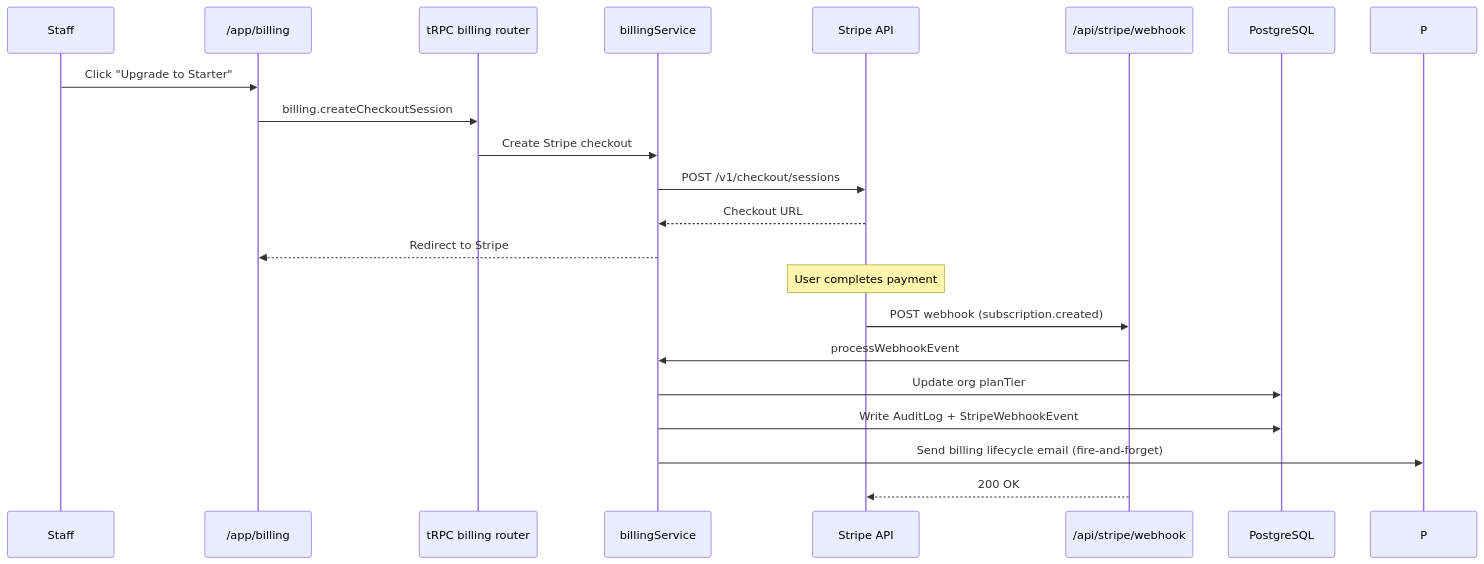
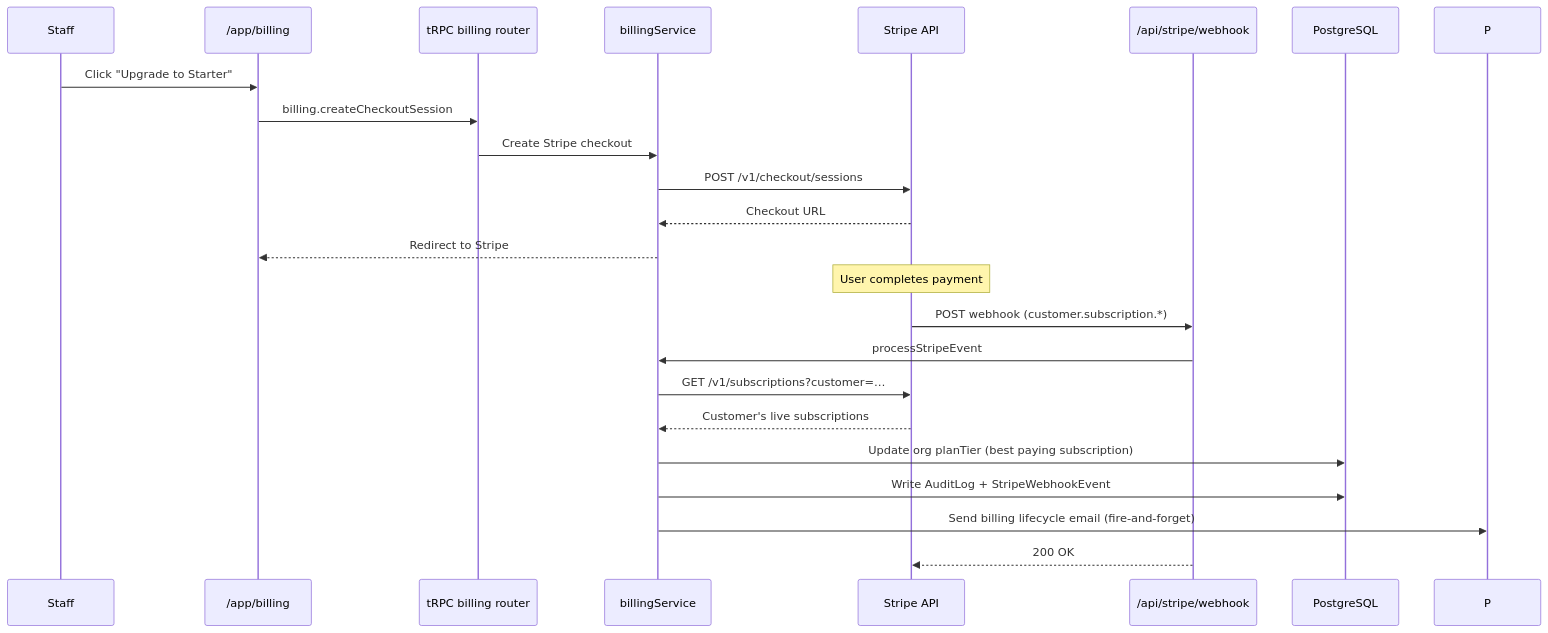
The ninth of 12 diagrams in docs/SYSTEM_DIAGRAM.md (thehashrocket/volunteerready.org), drawn with Mermaid before and after one commit. The commit also changed 21 other files, not shown here.

First line of the commit message:
v0.43.8.0 fix(billing): plan tiers match what Stripe is billing (#251)

````diff
--- a/docs/SYSTEM_DIAGRAM.md
+++ b/docs/SYSTEM_DIAGRAM.md
@@ -448,26 +448,28 @@
 ```mermaid
 sequenceDiagram
     participant S as Staff
     participant UI as /app/billing
     participant T as tRPC billing router
     participant B as billingService
     participant ST as Stripe API
     participant W as /api/stripe/webhook
     participant DB as PostgreSQL
 
     S->>UI: Click "Upgrade to Starter"
     UI->>T: billing.createCheckoutSession
     T->>B: Create Stripe checkout
     B->>ST: POST /v1/checkout/sessions
     ST-->>B: Checkout URL
     B-->>UI: Redirect to Stripe
 
     Note over ST: User completes payment
 
-    ST->>W: POST webhook (subscription.created)
-    W->>B: processWebhookEvent
-    B->>DB: Update org planTier
+    ST->>W: POST webhook (customer.subscription.*)
+    W->>B: processStripeEvent
+    B->>ST: GET /v1/subscriptions?customer=…
+    ST-->>B: Customer's live subscriptions
+    B->>DB: Update org planTier (best paying subscription)
     B->>DB: Write AuditLog + StripeWebhookEvent
     B->>P: Send billing lifecycle email (fire-and-forget)
     W-->>ST: 200 OK
 ```
````
